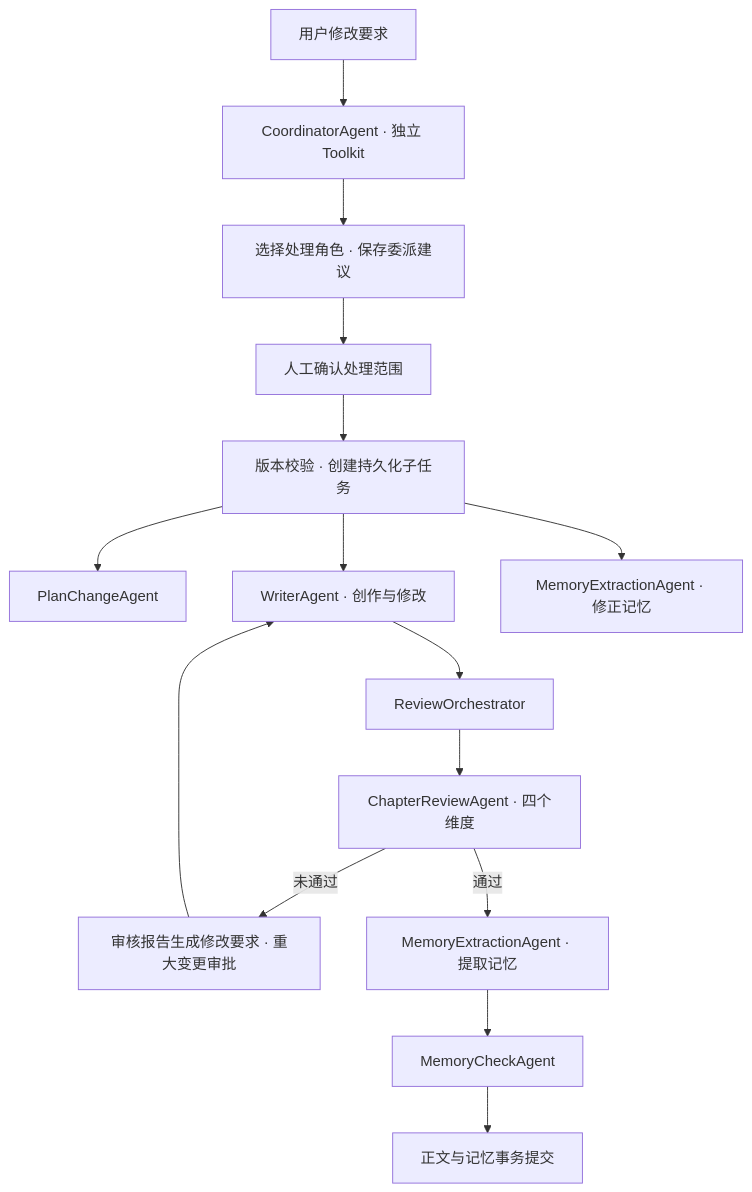
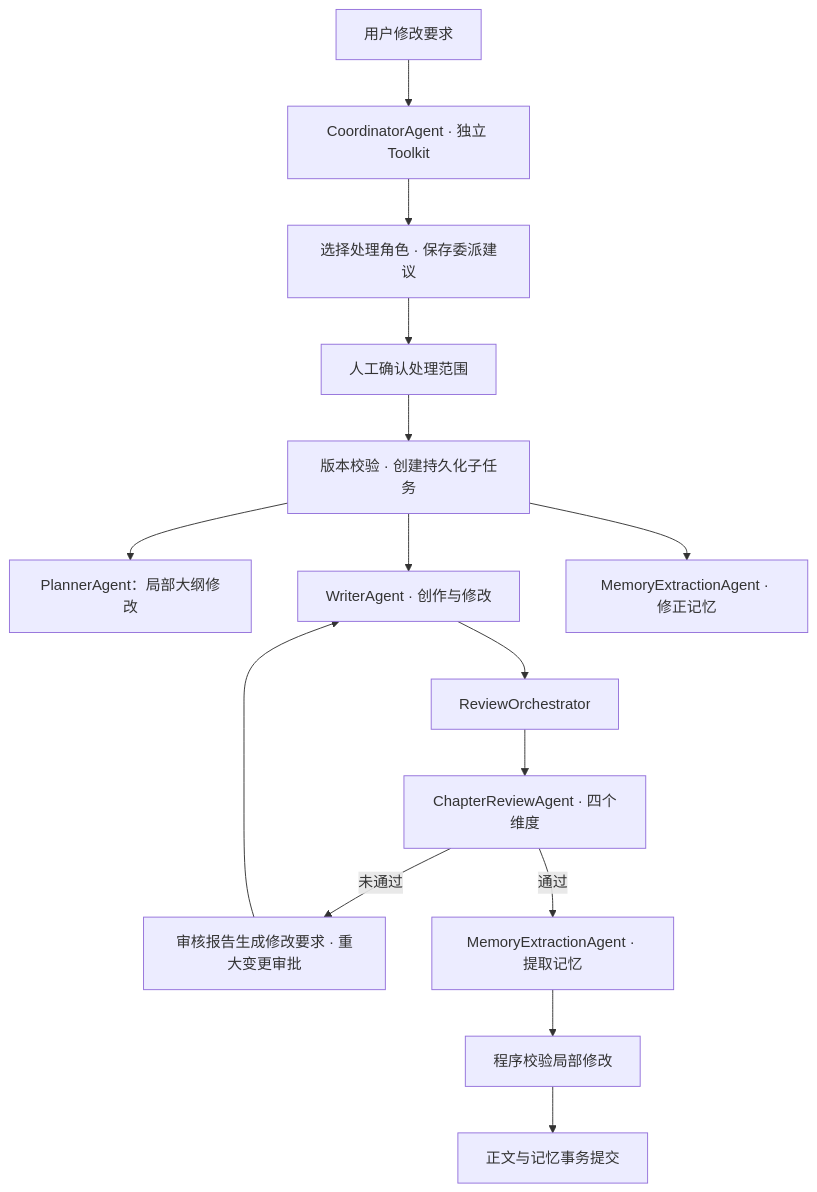
Before and after one commit to ccii1/novel-agent: the fourth of 11 diagrams in README.md, drawn with Mermaid. The commit also changed other lines of this file and 29 other files, not shown here.

````diff
--- a/README.md
+++ b/README.md
@@ -162,17 +162,17 @@
 ```mermaid
 flowchart TD
     User["用户修改要求"] --> Coordinator["CoordinatorAgent · 独立 Toolkit"]
     Coordinator --> Proposal["选择处理角色 · 保存委派建议"]
     Proposal --> Human["人工确认处理范围"]
     Human --> Queue["版本校验 · 创建持久化子任务"]
-    Queue --> Outline["PlanChangeAgent"]
+    Queue --> Outline["PlannerAgent：局部大纲修改"]
     Queue --> Writer["WriterAgent · 创作与修改"]
     Queue --> Memory["MemoryExtractionAgent · 修正记忆"]
     Writer --> Review["ReviewOrchestrator"]
     Review --> Gather["ChapterReviewAgent · 四个维度"]
     Gather -->|未通过| Approval["审核报告生成修改要求 · 重大变更审批"]
     Approval --> Writer
     Gather -->|通过| Extract["MemoryExtractionAgent · 提取记忆"]
-    Extract --> CheckMemory["MemoryCheckAgent"]
-    CheckMemory --> Commit["正文与记忆事务提交"]
+    Extract --> Validate["程序校验局部修改"]
+    Validate --> Commit["正文与记忆事务提交"]
 ```
````
